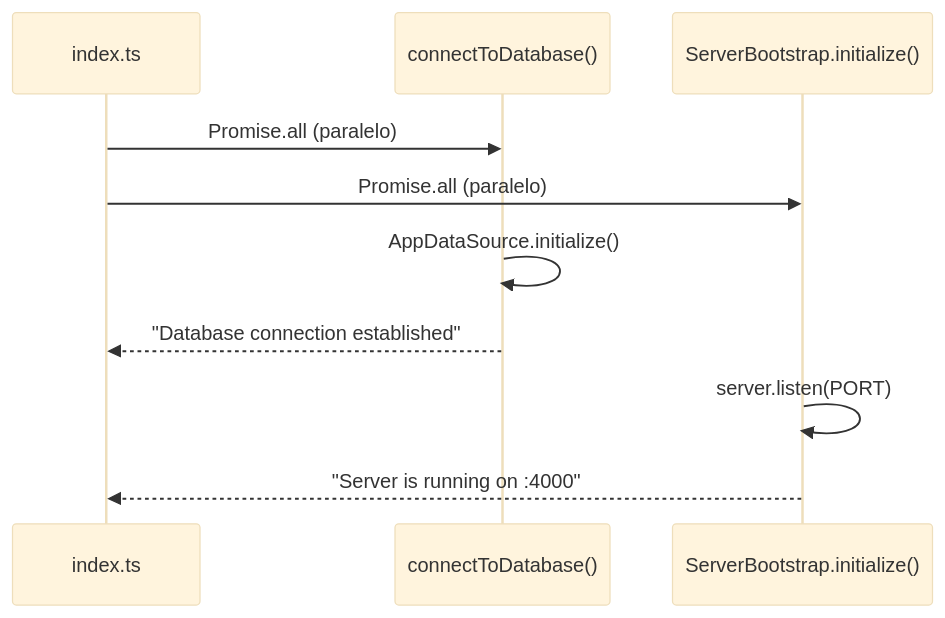
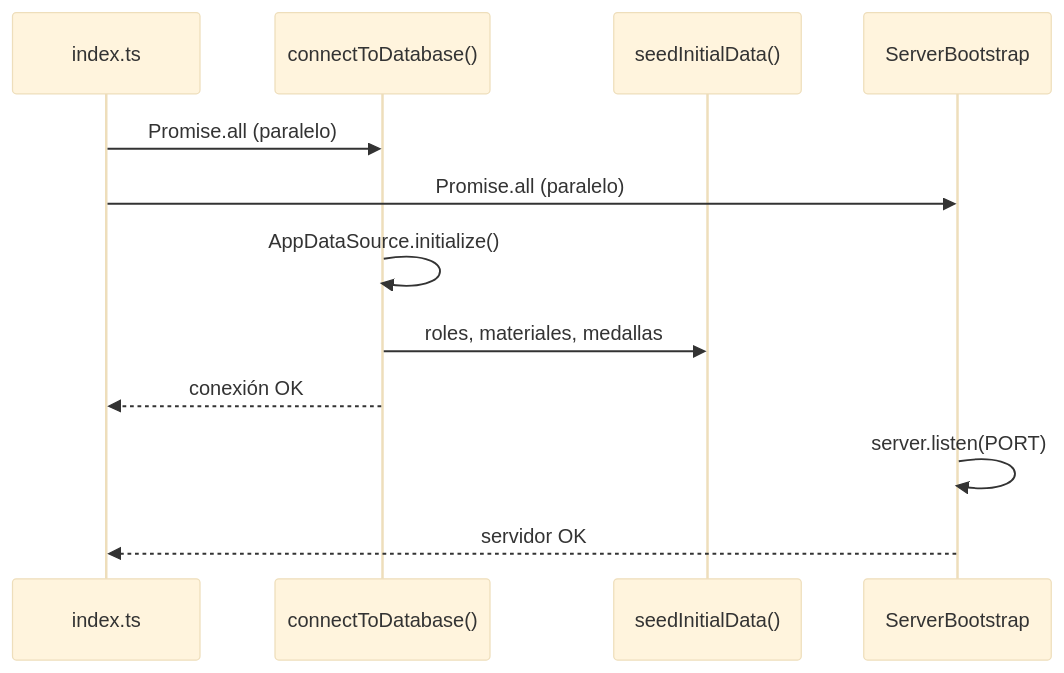
The first of 4 diagrams in backend/ARQUITECTURA.md (Steven-R78/EcoPoint), drawn with Mermaid (base theme) before and after one commit. The commit also changed other lines of this file and 1 other file, not shown here.

````diff
--- a/backend/ARQUITECTURA.md
+++ b/backend/ARQUITECTURA.md
@@ -116,13 +148,15 @@
 ```mermaid
 sequenceDiagram
     participant Index as index.ts
     participant DB as connectToDatabase()
-    participant Server as ServerBootstrap.initialize()
+    participant Seed as seedInitialData()
+    participant Server as ServerBootstrap
 
     Index->>DB: Promise.all (paralelo)
     Index->>Server: Promise.all (paralelo)
     DB->>DB: AppDataSource.initialize()
-    DB-->>Index: "Database connection established"
+    DB->>Seed: roles, materiales, medallas
+    DB-->>Index: conexión OK
     Server->>Server: server.listen(PORT)
-    Server-->>Index: "Server is running on :4000"
+    Server-->>Index: servidor OK
 ```
````
